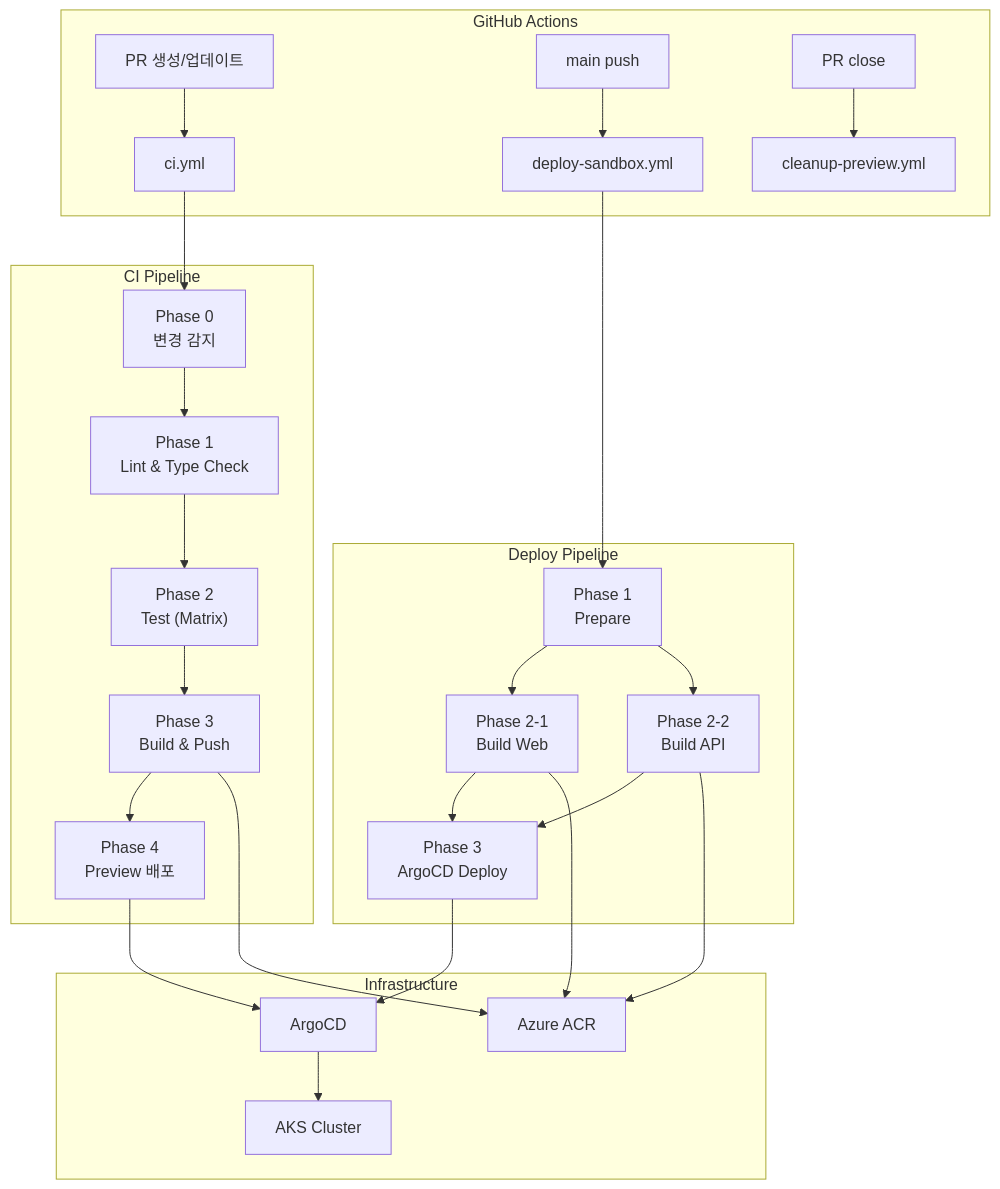
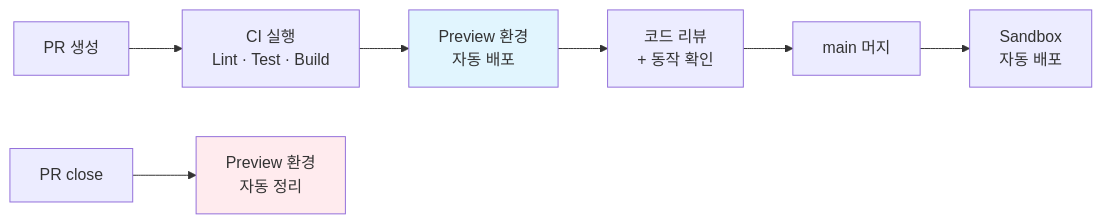
One commit to neocode24/portfolio changed the first of 5 diagrams in src/data/blog/ai-portal-cicd-pipeline.md. Above: the diagram before and after it, drawn with Mermaid. The commit also changed other lines of this file, not shown here.

````diff
--- a/src/data/blog/ai-portal-cicd-pipeline.md
+++ b/src/data/blog/ai-portal-cicd-pipeline.md
@@ -17,41 +19,13 @@
 ```mermaid
-flowchart TD
-    subgraph "GitHub Actions"
-        PR["PR 생성/업데이트"]
-        PUSH["main push"]
-        CLOSE["PR close"]
+flowchart LR
+    A["PR 생성"] --> B["CI 실행<br/>Lint · Test · Build"]
+    B --> C["Preview 환경<br/>자동 배포"]
+    C --> D["코드 리뷰<br/>+ 동작 확인"]
+    D --> E["main 머지"]
+    E --> F["Sandbox<br/>자동 배포"]
 
-        PR --> CI["ci.yml"]
-        PUSH --> DEPLOY["deploy-sandbox.yml"]
-        CLOSE --> CLEANUP["cleanup-preview.yml"]
-    end
+    G["PR close"] --> H["Preview 환경<br/>자동 정리"]
 
-    subgraph "CI Pipeline"
-        CI --> DETECT["Phase 0<br/>변경 감지"]
-        DETECT --> LINT["Phase 1<br/>Lint & Type Check"]
-        LINT --> TEST["Phase 2<br/>Test (Matrix)"]
-        TEST --> BUILD_PR["Phase 3<br/>Build & Push"]
-        BUILD_PR --> PREVIEW["Phase 4<br/>Preview 배포"]
-    end
-
-    subgraph "Deploy Pipeline"
-        DEPLOY --> PREPARE["Phase 1<br/>Prepare"]
-        PREPARE --> BUILD_WEB["Phase 2-1<br/>Build Web"]
-        PREPARE --> BUILD_API["Phase 2-2<br/>Build API"]
-        BUILD_WEB --> DEPLOY_ARGO["Phase 3<br/>ArgoCD Deploy"]
-        BUILD_API --> DEPLOY_ARGO
-    end
-
-    subgraph "Infrastructure"
-        ACR["Azure ACR"]
-        ARGO["ArgoCD"]
-        AKS["AKS Cluster"]
-    end
-
-    BUILD_PR --> ACR
-    BUILD_WEB --> ACR
-    BUILD_API --> ACR
-    DEPLOY_ARGO --> ARGO
-    PREVIEW --> ARGO
-    ARGO --> AKS
+    style C fill:#e1f5fe
+    style H fill:#ffebee
 ```
````
